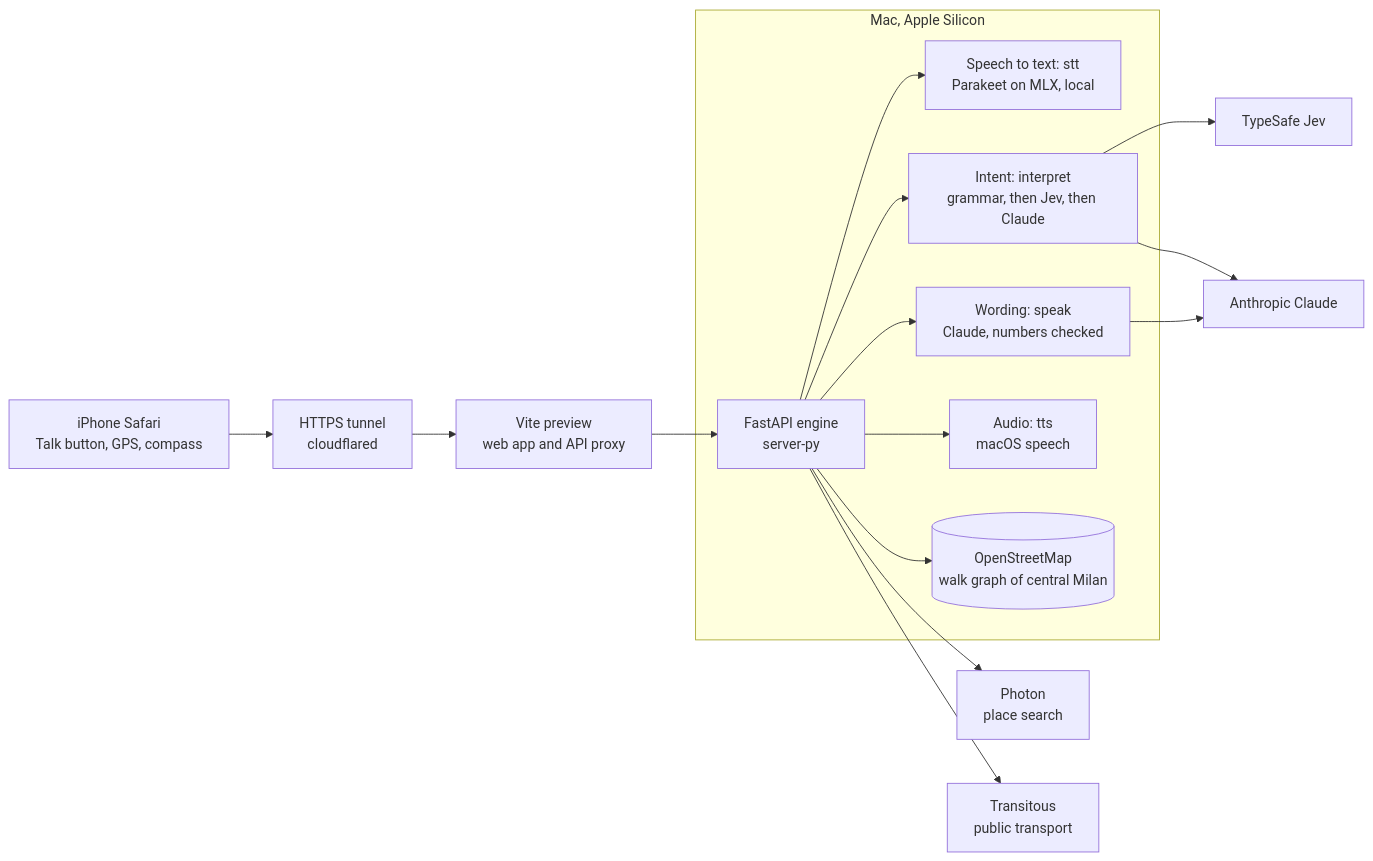
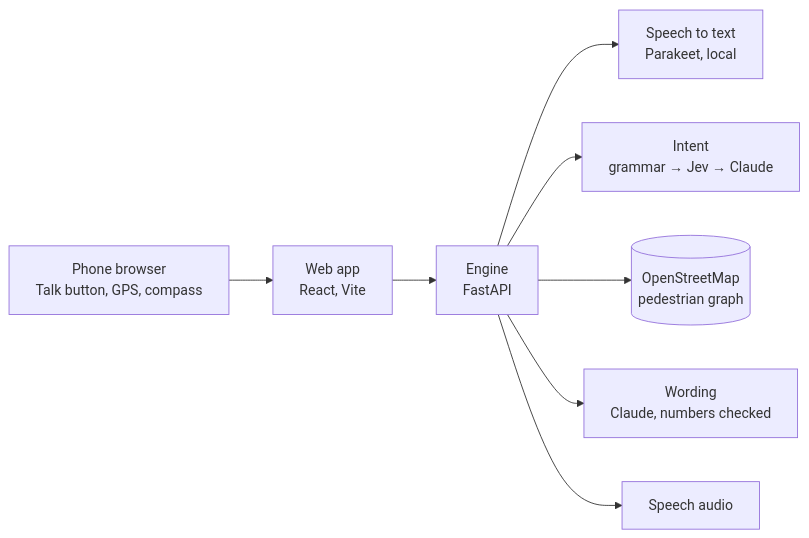
One commit to DaMa02/milo changed the diagram in README.md. Above: the diagram before and after it, drawn with Mermaid. The commit also changed other lines of this file and 2 other files, not shown here.

````diff
--- a/README.md
+++ b/README.md
@@ -61,29 +31,9 @@
 ```mermaid
 flowchart LR
-  phone["iPhone Safari<br/>Talk button, GPS, compass"]
-  tunnel["HTTPS tunnel<br/>cloudflared"]
-  vite["Vite preview<br/>web app and API proxy"]
-  subgraph mac["Mac, Apple Silicon"]
-    engine["FastAPI engine<br/>server-py"]
-    stt["Speech to text: stt<br/>Parakeet on MLX, local"]
-    interp["Intent: interpret<br/>grammar, then Jev, then Claude"]
-    speak["Wording: speak<br/>Claude, numbers checked"]
-    tts["Audio: tts<br/>macOS speech"]
-    osm[("OpenStreetMap<br/>walk graph of central Milan")]
-  end
-  photon["Photon<br/>place search"]
-  transit["Transitous<br/>public transport"]
-  claude["Anthropic Claude"]
-  jev["TypeSafe Jev"]
-  phone --> tunnel --> vite --> engine
-  engine --> stt
-  engine --> interp
-  engine --> speak
-  engine --> tts
-  engine --> osm
-  engine --> photon
-  engine --> transit
-  interp --> jev
-  interp --> claude
-  speak --> claude
+  phone["Phone browser<br/>Talk button, GPS, compass"] --> web["Web app<br/>React, Vite"] --> engine["Engine<br/>FastAPI"]
+  engine --> stt["Speech to text<br/>Parakeet, local"]
+  engine --> intent["Intent<br/>grammar → Jev → Claude"]
+  engine --> map[("OpenStreetMap<br/>pedestrian graph")]
+  engine --> speak["Wording<br/>Claude, numbers checked"]
+  engine --> tts["Speech audio"]
 ```
````
